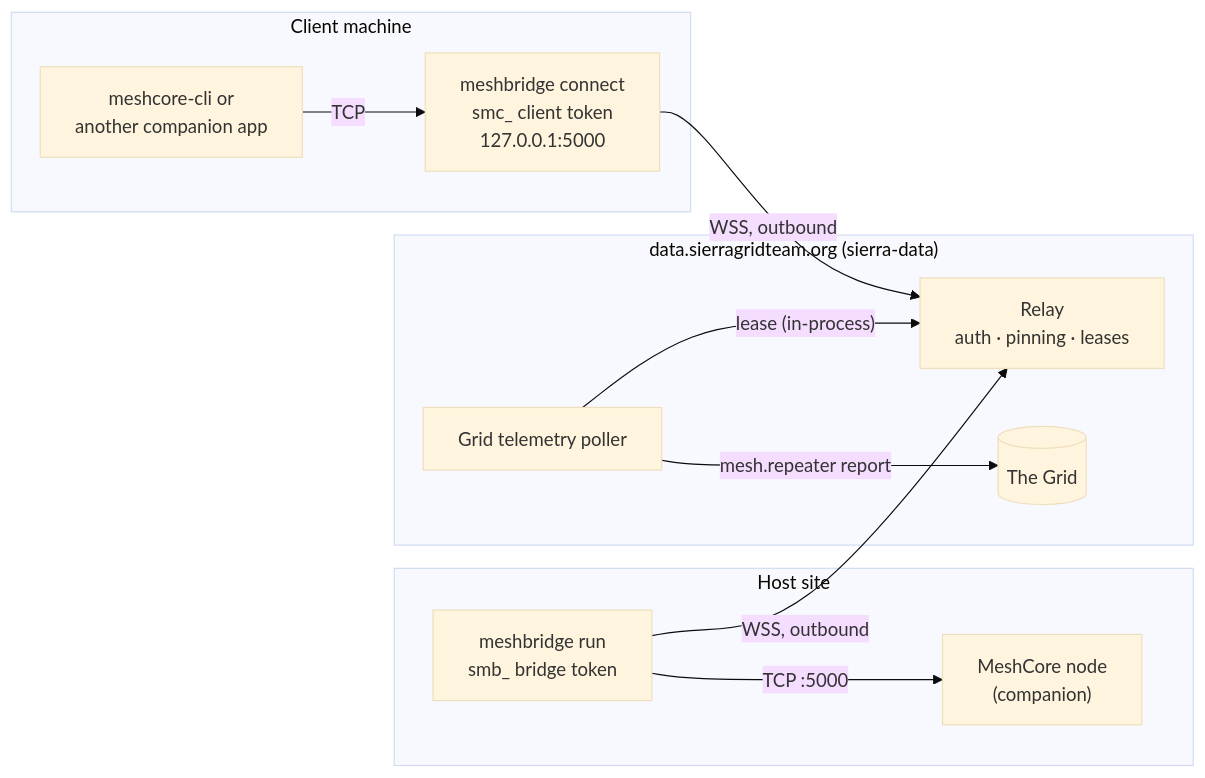
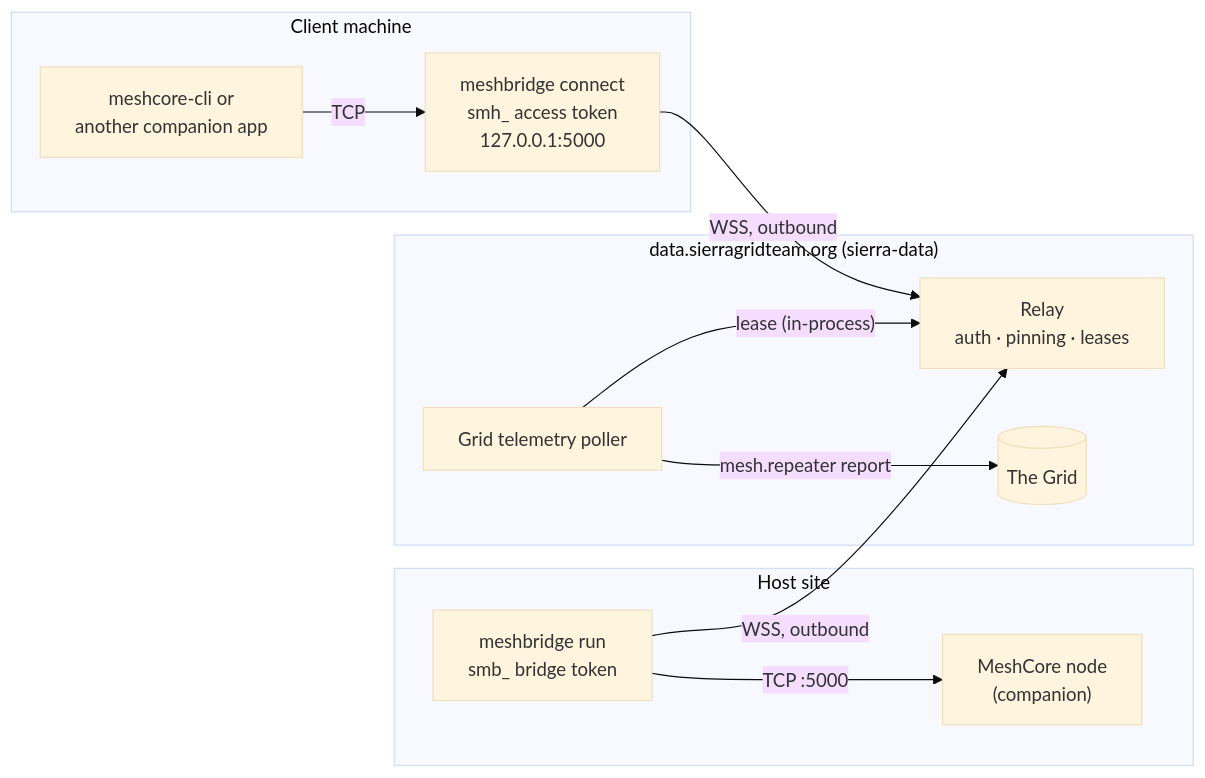
Before and after one commit to sierragridteam/sierra-meshrelay: the diagram in README.md, drawn with Mermaid (base theme). The commit also changed other lines of this file and 20 other files, not shown here.

````diff
--- a/README.md
+++ b/README.md
@@ -45,25 +45,25 @@
 ```mermaid
 flowchart LR
     subgraph host["Host site"]
         node["MeshCore node<br/>(companion)"]
         run["meshbridge run<br/>smb_ bridge token"]
         run -- "TCP :5000" --> node
     end
 
     subgraph cloud["data.sierragridteam.org (sierra-data)"]
         relay["Relay<br/>auth · pinning · leases"]
         poller["Grid telemetry poller"]
         grid[("The Grid")]
         poller -- "lease (in-process)" --> relay
         poller -- "mesh.repeater report" --> grid
     end
 
     subgraph laptop["Client machine"]
         app["meshcore-cli or<br/>another companion app"]
-        connect["meshbridge connect<br/>smc_ client token<br/>127.0.0.1:5000"]
+        connect["meshbridge connect<br/>smh_ access token<br/>127.0.0.1:5000"]
         app -- "TCP" --> connect
     end
 
     run -- "WSS, outbound" --> relay
     connect -- "WSS, outbound" --> relay
 ```
````
